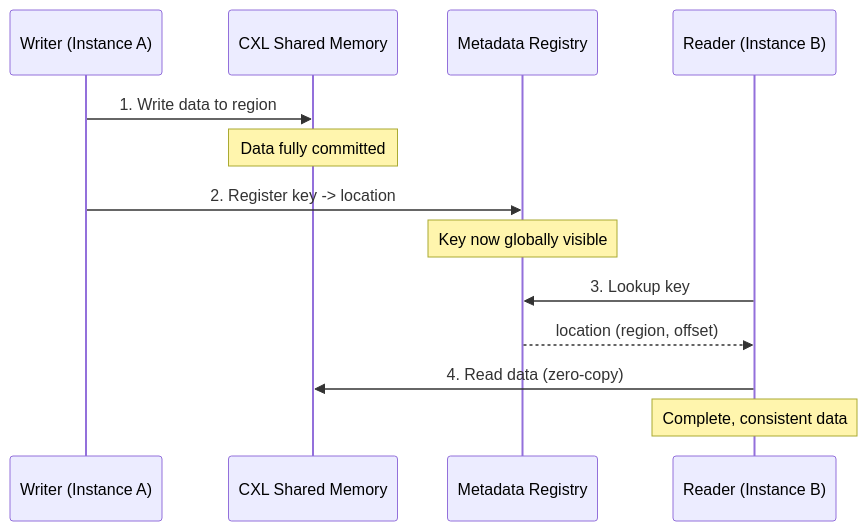
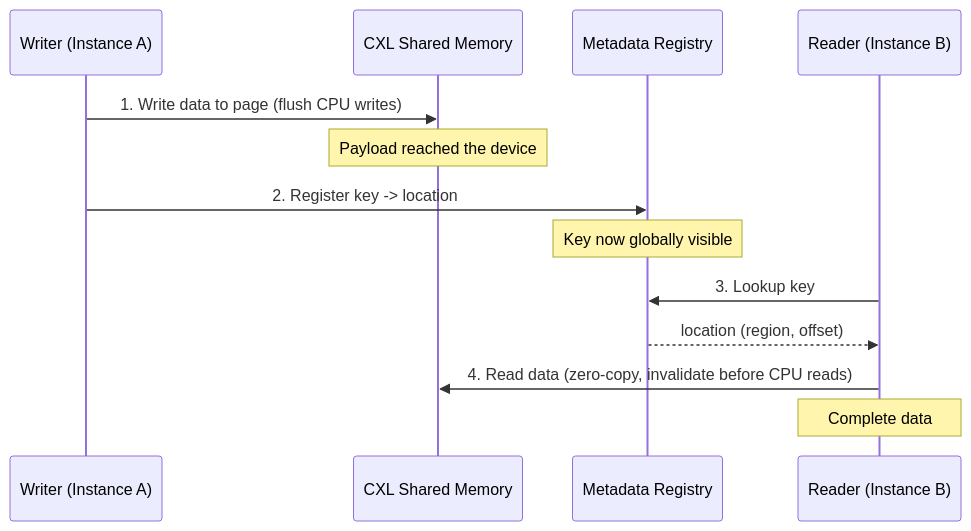
Before and after one commit to xcena-dev/maru: the first of 3 diagrams in docs/source/design_doc/consistency_and_safety.md, drawn with Mermaid. The commit also changed other lines of this file and 7 other files, not shown here.

````diff
--- a/docs/source/design_doc/consistency_and_safety.md
+++ b/docs/source/design_doc/consistency_and_safety.md
@@ -21,17 +18,17 @@
 ```mermaid
 sequenceDiagram
     participant W as Writer (Instance A)
     participant CXL as CXL Shared Memory
     participant Meta as Metadata Registry
     participant R as Reader (Instance B)
 
-    W->>CXL: 1. Write data to region
-    Note over CXL: Data fully committed
+    W->>CXL: 1. Write data to page (flush CPU writes)
+    Note over CXL: Payload reached the device
     W->>Meta: 2. Register key -> location
     Note over Meta: Key now globally visible
 
     R->>Meta: 3. Lookup key
     Meta-->>R: location (region, offset)
-    R->>CXL: 4. Read data (zero-copy)
-    Note over R: Complete, consistent data
+    R->>CXL: 4. Read data (zero-copy, invalidate before CPU reads)
+    Note over R: Complete data
 ```
````
